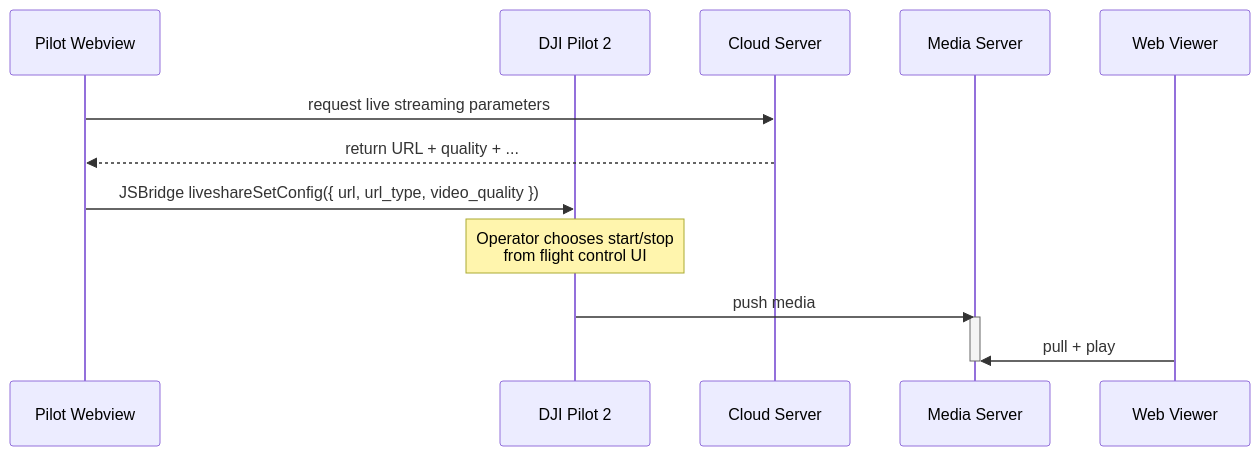
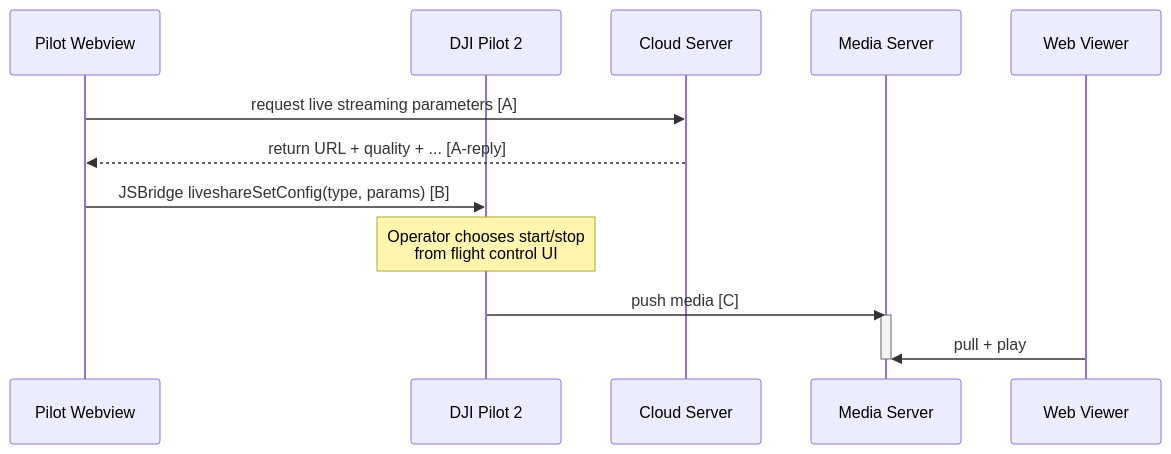
The third of 3 diagrams in master-docs/workflows/livestream-start-stop.md (larry-watkins-wps/DJI-docs-master), drawn with Mermaid before and after one commit. The commit also changed other lines of this file and 10 other files, not shown here.

First line of the commit message:
docs: beautify workflow mermaid diagrams with separate JSON payload blocks

````diff
--- a/master-docs/workflows/livestream-start-stop.md
+++ b/master-docs/workflows/livestream-start-stop.md
@@ -131,18 +319,18 @@
 ```mermaid
 sequenceDiagram
     participant webview as Pilot Webview
     participant pilot as DJI Pilot 2
     participant cloud as Cloud Server
     participant media as Media Server
     participant web as Web Viewer
 
-    webview ->> cloud: request live streaming parameters
-    cloud -->> webview: return URL + quality + ...
-    webview ->> pilot: JSBridge liveshareSetConfig({ url, url_type, video_quality })
+    webview ->> cloud: request live streaming parameters   [A]
+    cloud -->> webview: return URL + quality + ...   [A-reply]
+    webview ->> pilot: JSBridge liveshareSetConfig(type, params)   [B]
     note over pilot: Operator chooses start/stop<br/>from flight control UI
 
-    pilot ->> media: push media
+    pilot ->> media: push media   [C]
     activate media
     web ->> media: pull + play
     deactivate media
 ```
````
